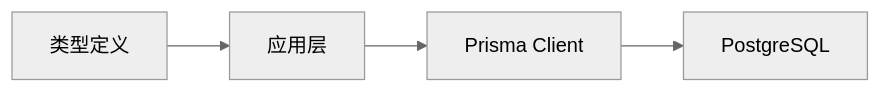
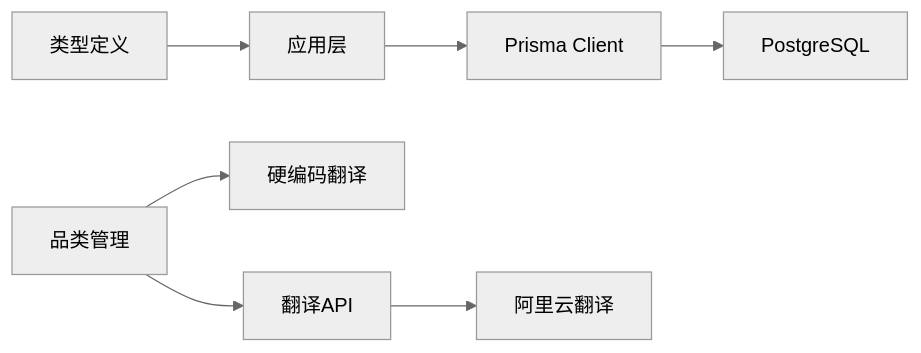
The fifth of 5 diagrams in .qoder/repowiki/zh/content/数据库设计/数据库设计.md (three3638-arch/celestia_2b), drawn with Mermaid (neutral theme) before and after one commit. The commit also changed other lines of this file and 8 other files, not shown here.

````diff
--- a/.qoder/repowiki/zh/content/数据库设计/数据库设计.md
+++ b/.qoder/repowiki/zh/content/数据库设计/数据库设计.md
@@ -386,6 +458,9 @@
 ```mermaid
 graph LR
 APP["应用层"] --> PRISMA["Prisma Client"]
 PRISMA --> DB["PostgreSQL"]
 TYPES["类型定义"] --> APP
+CAT["品类管理"] --> I18N["硬编码翻译"]
+CAT --> TRAN["翻译API"]
+TRAN --> ALIMT["阿里云翻译"]
 ```
````
